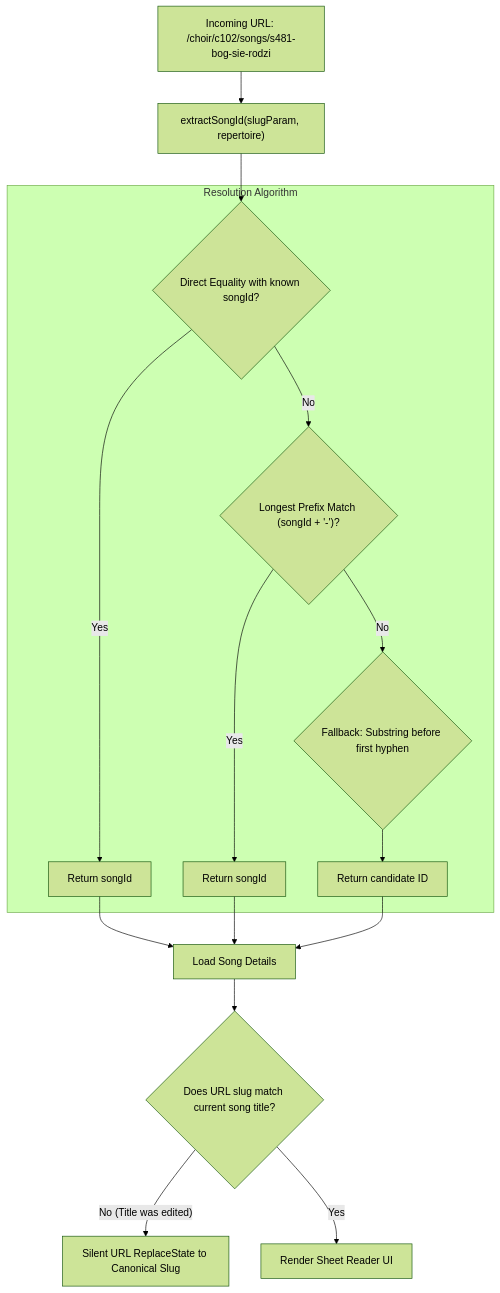
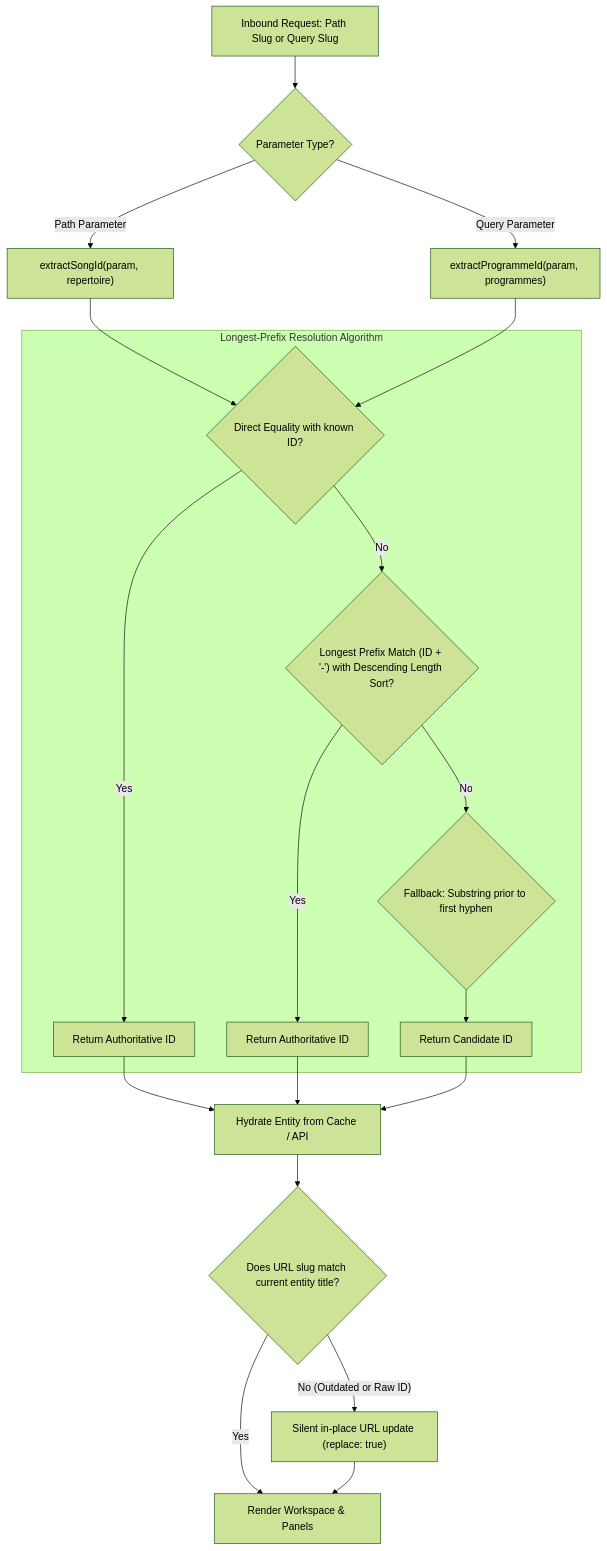
The diagram in case-studies/03-resilient-hierarchical-routing.md (MichalRedm/echoir-showcase), drawn with Mermaid (forest theme) before and after one commit. The commit also changed other lines of this file and 4 other files, not shown here.

Commit message:
chore(sync): sync dual-paradigm routing and id-slug architecture from upstream

````diff
--- a/case-studies/03-resilient-hierarchical-routing.md
+++ b/case-studies/03-resilient-hierarchical-routing.md
@@ -31,25 +67,31 @@
 ```mermaid
 flowchart TD
-    URL["Incoming URL: /choir/c102/songs/s481-bog-sie-rodzi"] --> Extractor["extractSongId(slugParam, repertoire)"]
+    Inbound["Inbound Request: Path Slug or Query Slug"] --> TypeCheck{"Parameter Type?"}
     
-    subgraph Resolution["Resolution Algorithm"]
-        Step1{"Direct Equality with known songId?"}
-        Step2{"Longest Prefix Match (songId + '-')?"}
-        Step3{"Fallback: Substring before first hyphen"}
+    TypeCheck -->|Path Parameter| ExtractSong["extractSongId(param, repertoire)"]
+    TypeCheck -->|Query Parameter| ExtractProg["extractProgrammeId(param, programmes)"]
+    
+    subgraph Resolution["Longest-Prefix Resolution Algorithm"]
+        Step1{"Direct Equality with known ID?"}
+        Step2{"Longest Prefix Match (ID + '-') with Descending Length Sort?"}
+        Step3{"Fallback: Substring prior to first hyphen"}
         
-        Step1 -- Yes --> Match1["Return songId"]
+        Step1 -- Yes --> Match1["Return Authoritative ID"]
         Step1 -- No --> Step2
-        Step2 -- Yes --> Match2["Return songId"]
+        Step2 -- Yes --> Match2["Return Authoritative ID"]
         Step2 -- No --> Step3
-        Step3 --> Match3["Return candidate ID"]
+        Step3 --> Match3["Return Candidate ID"]
     end
     
-    Extractor --> Step1
-    Match1 --> Load["Load Song Details"]
-    Match2 --> Load
-    Match3 --> Load
+    ExtractSong --> Step1
+    ExtractProg --> Step1
     
-    Load --> CanonicalCheck{"Does URL slug match current song title?"}
-    CanonicalCheck -- No (Title was edited) --> CanonicalReplace["Silent URL ReplaceState to Canonical Slug"]
-    CanonicalCheck -- Yes --> Render["Render Sheet Reader UI"]
+    Match1 --> Hydrate["Hydrate Entity from Cache / API"]
+    Match2 --> Hydrate
+    Match3 --> Hydrate
+    
+    Hydrate --> CanonicalCheck{"Does URL slug match current entity title?"}
+    CanonicalCheck -- No (Outdated or Raw ID) --> CanonicalReplace["Silent in-place URL update (replace: true)"]
+    CanonicalCheck -- Yes --> Render["Render Workspace & Panels"]
+    CanonicalReplace --> Render
 ```
````
